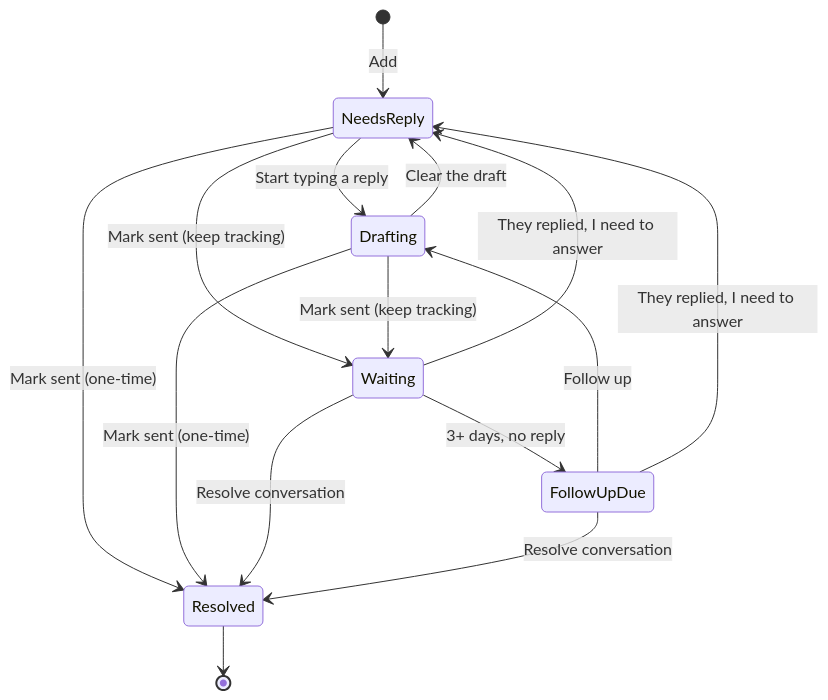
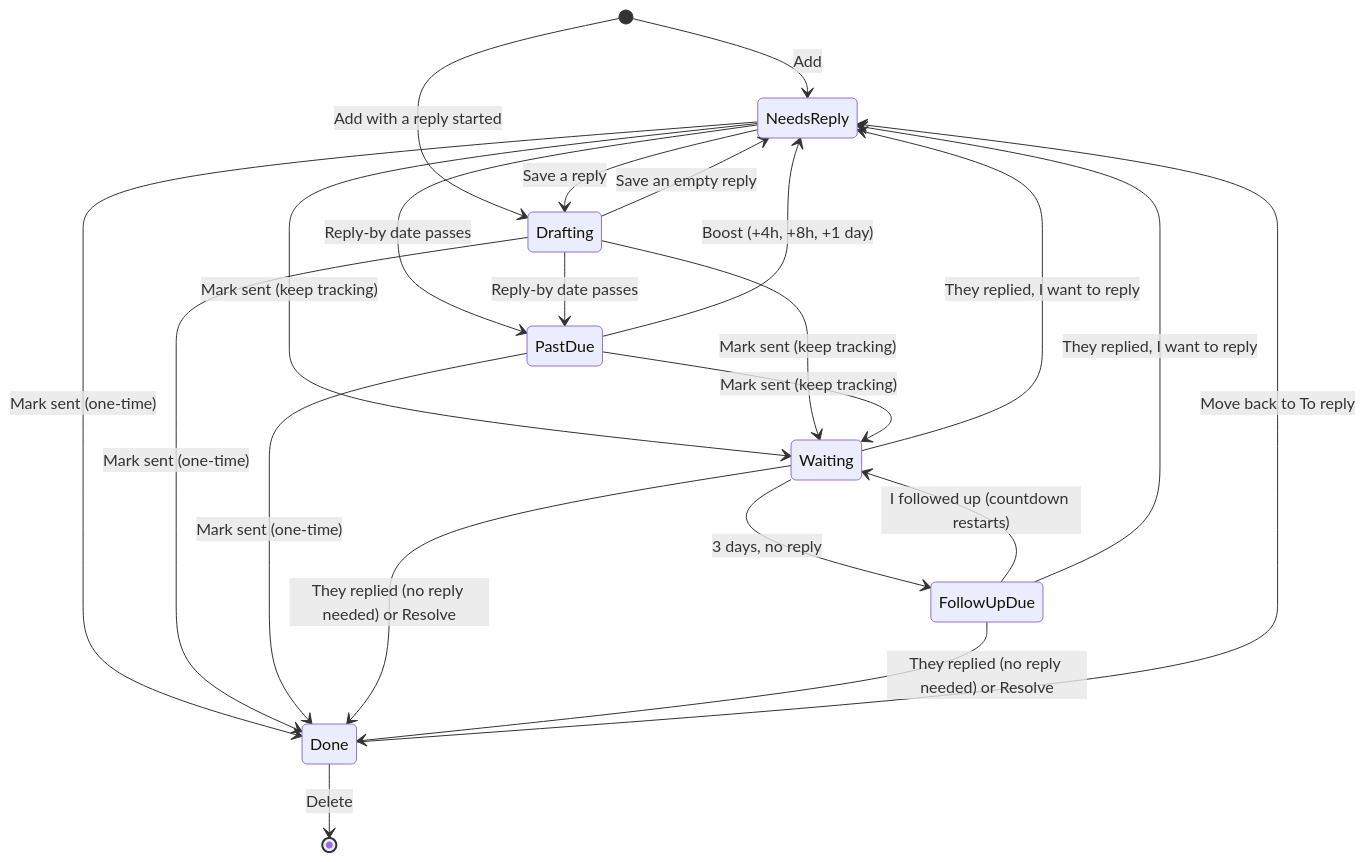
The second of 2 diagrams in flows.md (jdaguas/dbs-w3), drawn with Mermaid before and after one commit. The commit also changed other lines of this file and 1 other file, not shown here.

Commit message:
new flows

````diff
--- a/flows.md
+++ b/flows.md
@@ -43,17 +47,24 @@
 ```mermaid
 stateDiagram-v2
   [*] --> NeedsReply: Add
-  NeedsReply --> Drafting: Start typing a reply
-  Drafting --> NeedsReply: Clear the draft
-  NeedsReply --> Resolved: Mark sent (one-time)
-  Drafting --> Resolved: Mark sent (one-time)
+  [*] --> Drafting: Add with a reply started
+  NeedsReply --> Drafting: Save a reply
+  Drafting --> NeedsReply: Save an empty reply
+  NeedsReply --> PastDue: Reply-by date passes
+  Drafting --> PastDue: Reply-by date passes
+  PastDue --> NeedsReply: Boost (+4h, +8h, +1 day)
+  NeedsReply --> Done: Mark sent (one-time)
+  Drafting --> Done: Mark sent (one-time)
+  PastDue --> Done: Mark sent (one-time)
   NeedsReply --> Waiting: Mark sent (keep tracking)
   Drafting --> Waiting: Mark sent (keep tracking)
-  Waiting --> FollowUpDue: 3+ days, no reply
-  FollowUpDue --> Drafting: Follow up
-  Waiting --> NeedsReply: They replied, I need to answer
-  FollowUpDue --> NeedsReply: They replied, I need to answer
-  Waiting --> Resolved: Resolve conversation
-  FollowUpDue --> Resolved: Resolve conversation
-  Resolved --> [*]
+  PastDue --> Waiting: Mark sent (keep tracking)
+  Waiting --> FollowUpDue: 3 days, no reply
+  FollowUpDue --> Waiting: I followed up (countdown restarts)
+  Waiting --> NeedsReply: They replied, I want to reply
+  FollowUpDue --> NeedsReply: They replied, I want to reply
+  Waiting --> Done: They replied (no reply needed) or Resolve
+  FollowUpDue --> Done: They replied (no reply needed) or Resolve
+  Done --> NeedsReply: Move back to To reply
+  Done --> [*]: Delete
 ```
````
